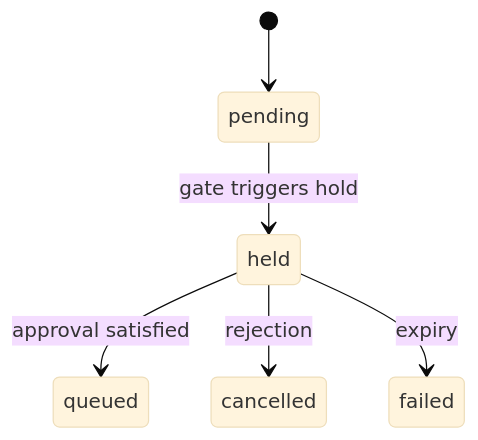
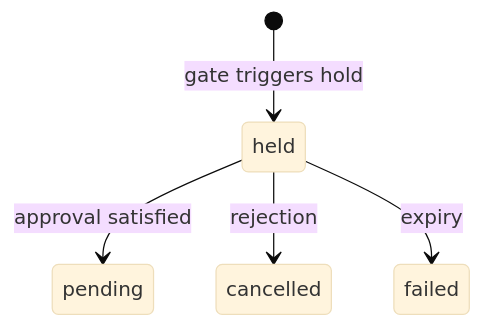
Before and after one commit to kici-dev/kici-public: the first of 2 diagrams in docs/architecture/approvals.md, drawn with Mermaid (base theme). The commit also changed other lines of this file and 58 other files, not shown here.

````diff
--- a/docs/architecture/approvals.md
+++ b/docs/architecture/approvals.md
@@ -87,8 +87,7 @@
 ```mermaid
 stateDiagram-v2
-    [*] --> pending
-    pending --> held : gate triggers hold
-    held --> queued : approval satisfied
+    [*] --> held : gate triggers hold
+    held --> pending : approval satisfied
     held --> cancelled : rejection
     held --> failed : expiry
 ```
````
